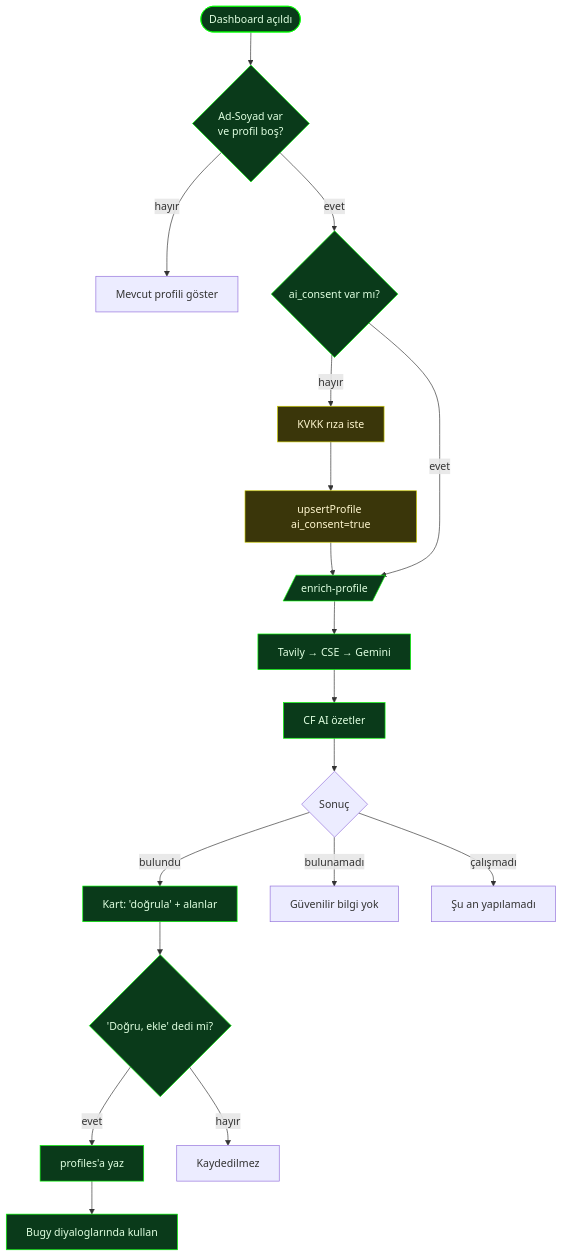
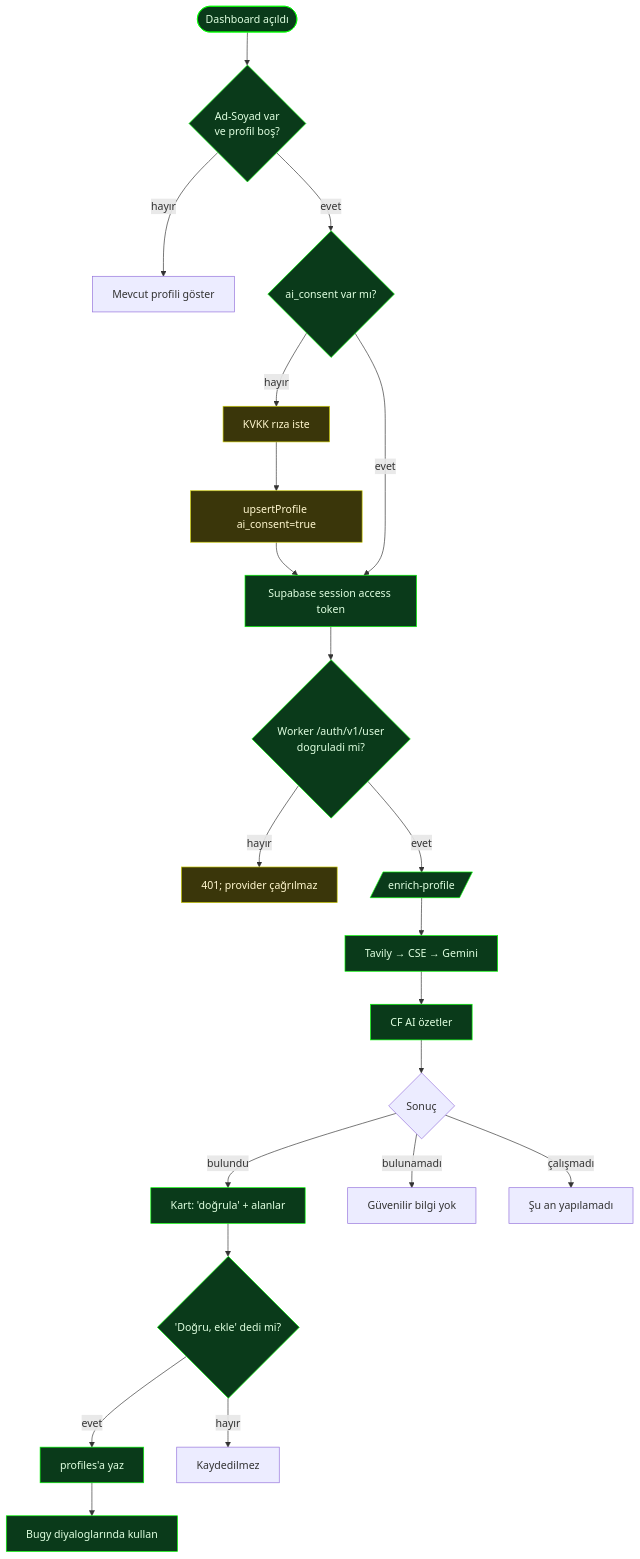
The sixth of 6 diagrams in docs/architecture/README.md (ErsinBinal/ErsinBinal.github.io), drawn with Mermaid before and after one commit. The commit also changed other lines of this file and 6 other files, not shown here.

````diff
--- a/docs/architecture/README.md
+++ b/docs/architecture/README.md
@@ -247,29 +260,32 @@
 ```mermaid
 flowchart TD
   start([Dashboard açıldı]) --> hasName{Ad-Soyad var\nve profil boş?}
   hasName -- hayır --> done1[Mevcut profili göster]
   hasName -- evet --> consent{ai_consent var mı?}
 
   consent -- hayır --> ask[KVKK rıza iste]
   ask --> grant[upsertProfile ai_consent=true]
-  grant --> run
-  consent -- evet --> run[/enrich-profile/]
+  grant --> auth[Supabase session access token]
+  consent -- evet --> auth
+  auth --> verify{Worker /auth/v1/user\ndogruladi mi?}
+  verify -- hayır --> deny[401; provider çağrılmaz]
+  verify -- evet --> run[/enrich-profile/]
 
   run --> prov[Tavily → CSE → Gemini]
   prov --> sum[CF AI özetler]
   sum --> res{Sonuç}
 
   res -- bulundu --> card[Kart: 'doğrula' + alanlar]
   res -- bulunamadı --> none[Güvenilir bilgi yok]
   res -- çalışmadı --> unavail[Şu an yapılamadı]
 
   card --> confirm{'Doğru, ekle' dedi mi?}
   confirm -- evet --> save[profiles'a yaz]
   save --> bugyUse[Bugy diyaloglarında kullan]
   confirm -- hayır --> dismiss[Kaydedilmez]
 
   classDef done fill:#0a3a1a,stroke:#0f0,color:#dfffe0
   classDef partial fill:#3a360a,stroke:#cc0,color:#fff7cf
-  class start,hasName,consent,run,prov,sum,card,confirm,save,bugyUse done
-  class ask,grant partial
+  class start,hasName,consent,auth,verify,run,prov,sum,card,confirm,save,bugyUse done
+  class ask,grant,deny partial
 ```
````
